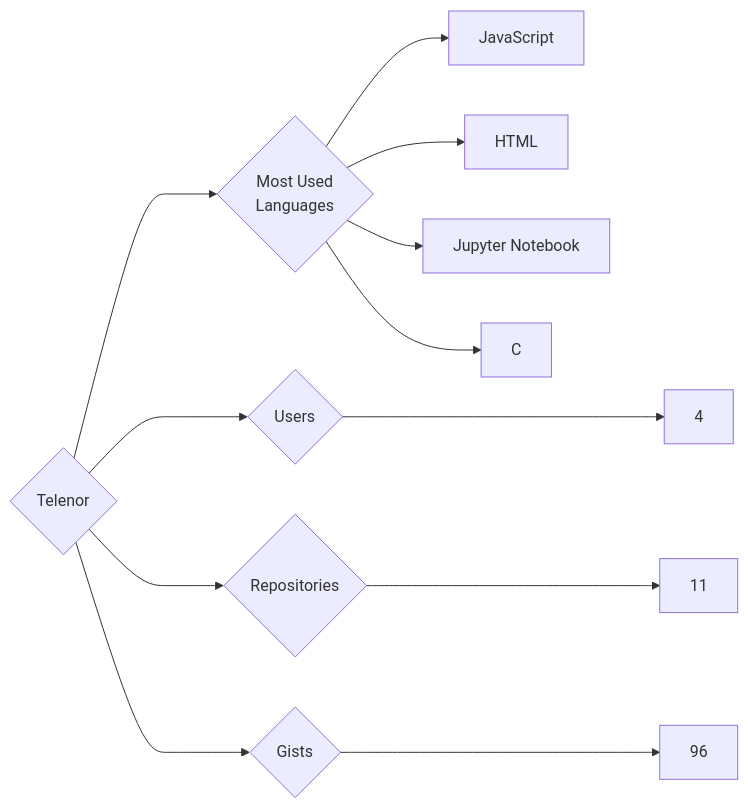
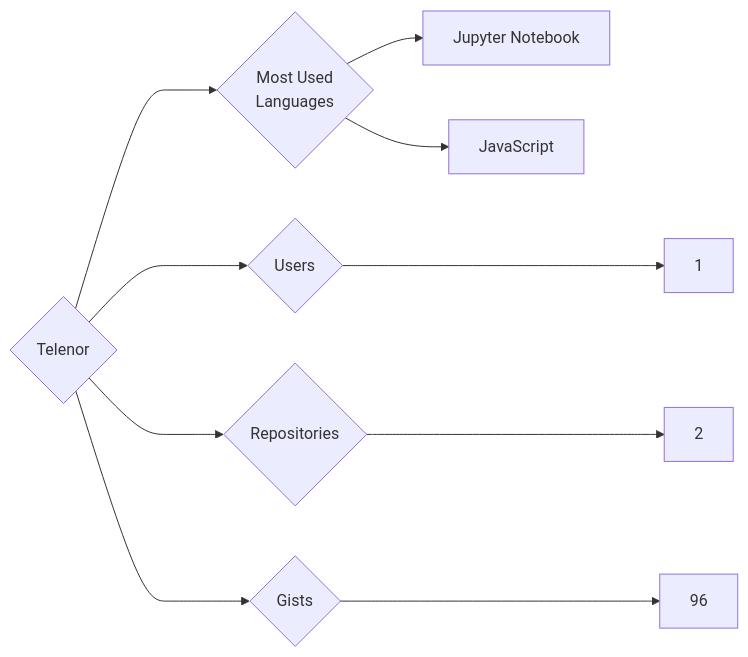
The diagram in targets/Telenor/README.md (trickest/insiders), drawn with Mermaid before and after one commit. The commit also changed 559 other files, not shown here.

````diff
--- a/targets/Telenor/README.md
+++ b/targets/Telenor/README.md
@@ -3,12 +3,10 @@
 ```mermaid
 graph LR
 COMPANY_NAME{Telenor}
-COMPANY_NAME ---> U{Users} ---> UN[4]
-COMPANY_NAME ---> R{Repositories} ---> RN[11]
+COMPANY_NAME ---> U{Users} ---> UN[1]
+COMPANY_NAME ---> R{Repositories} ---> RN[2]
 COMPANY_NAME ---> G{Gists} ---> GN[96]
 COMPANY_NAME ---> ML{Most Used<br>Languages}
+ML --> Jupyter_Notebook[Jupyter Notebook]
 ML --> JavaScript[JavaScript]
-ML --> HTML[HTML]
-ML --> Jupyter_Notebook[Jupyter Notebook]
-ML --> C[C]
 ```
````
